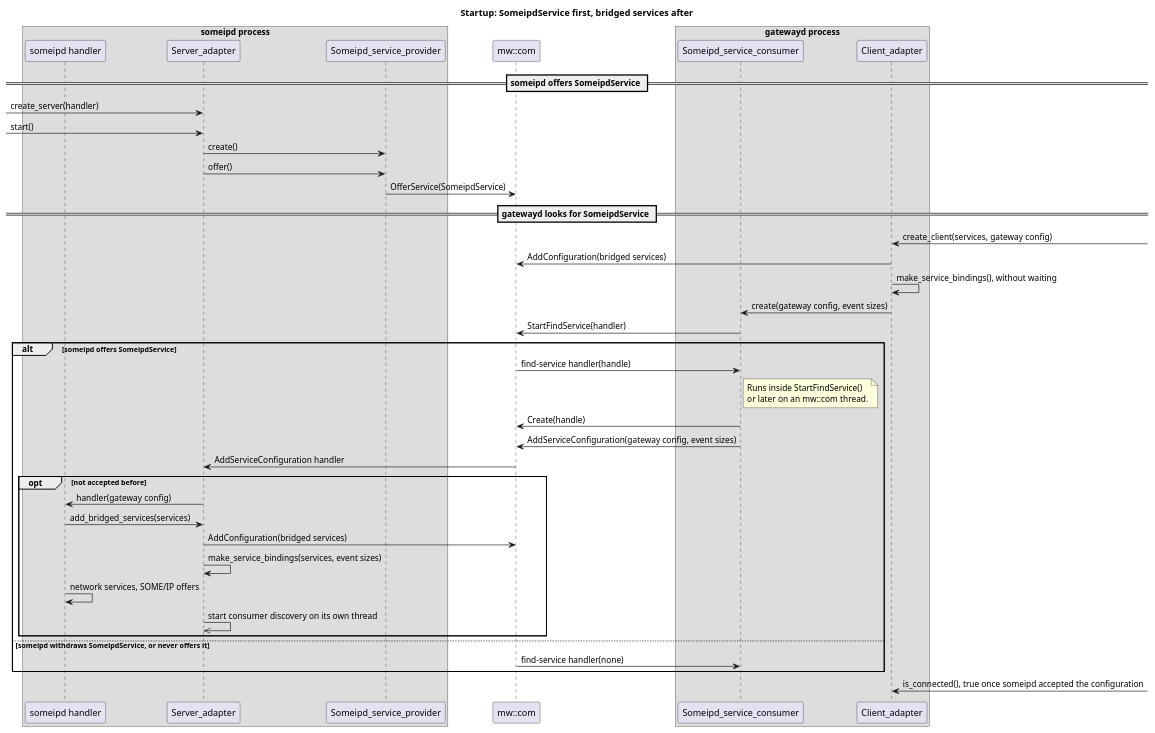
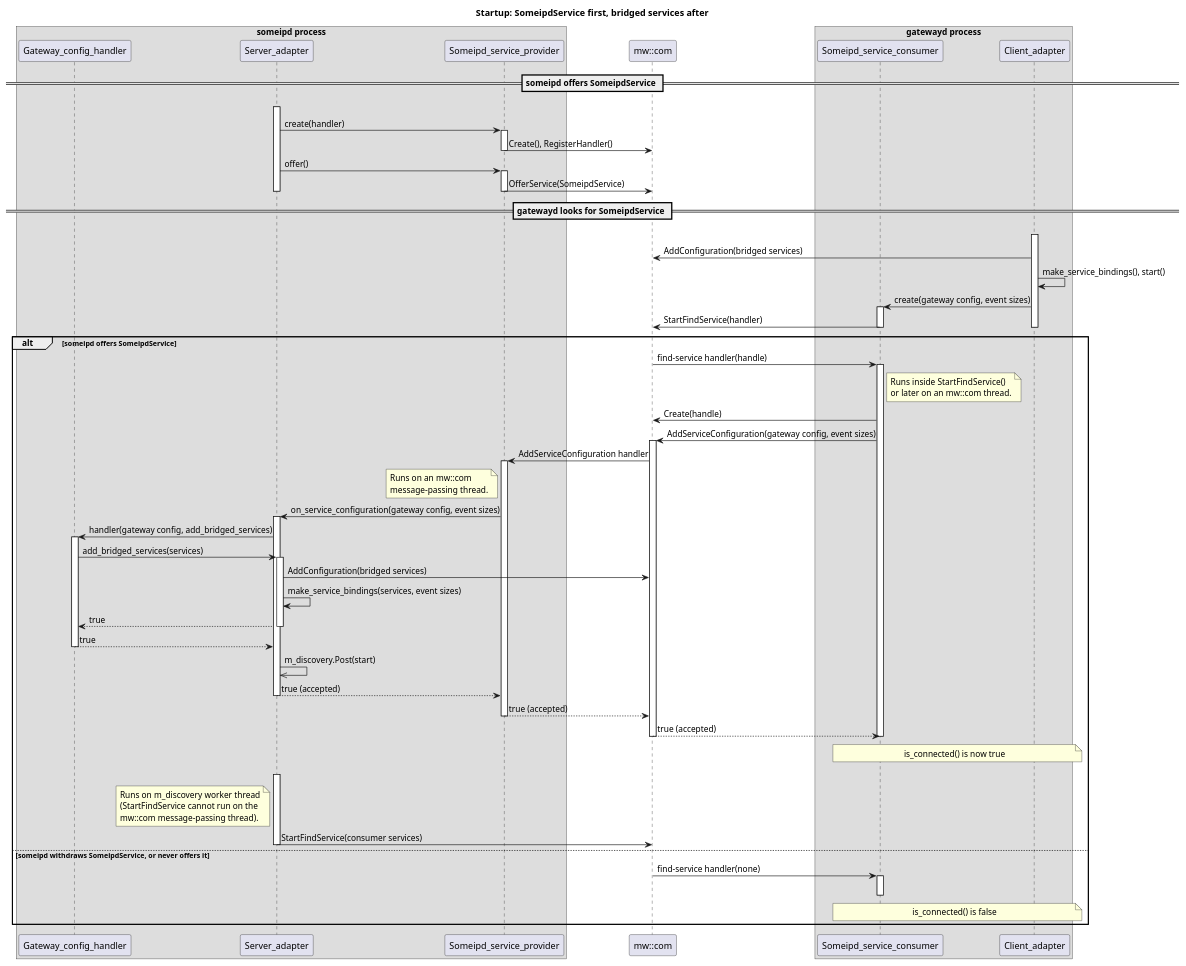
Before and after one commit to eclipse-score/inc_someip_gateway: the diagram in score/gateway_ipc_binding/docs/models/mw_com_startup.puml, drawn with PlantUML. The commit also changed 9 other files, not shown here.

```diff
--- a/score/gateway_ipc_binding/docs/models/mw_com_startup.puml
+++ b/score/gateway_ipc_binding/docs/models/mw_com_startup.puml
@@ -14,47 +14,82 @@
 @startuml mw_com_startup_someipd_gatewayd
 title Startup: SomeipdService first, bridged services after
 
 box "someipd process"
-participant "someipd handler" as handler
+participant "Gateway_config_handler" as handler
 participant "Server_adapter" as server
 participant "Someipd_service_provider" as sdsvc_provider
 end box
 participant "mw::com" as mwcom
 box "gatewayd process"
 participant "Someipd_service_consumer" as sdsvc_consumer
 participant "Client_adapter" as client
 end box
 
 == someipd offers SomeipdService ==
-[-> server : create_server(handler)
-[-> server : start()
-server -> sdsvc_provider : create()
+server -[hidden]-> server
+activate server
+server -> sdsvc_provider : create(handler)
+activate sdsvc_provider
+sdsvc_provider -> mwcom : Create(), RegisterHandler()
+deactivate sdsvc_provider
 server -> sdsvc_provider : offer()
+activate sdsvc_provider
 sdsvc_provider -> mwcom : OfferService(SomeipdService)
+deactivate sdsvc_provider
+deactivate server
 
 == gatewayd looks for SomeipdService ==
-client <-] : create_client(services, gateway config)
+client -[hidden]-> client
+activate client
 client -> mwcom : AddConfiguration(bridged services)
-client -> client : make_service_bindings(), without waiting
+client -> client : make_service_bindings(), start()
 client -> sdsvc_consumer : create(gateway config, event sizes)
+activate sdsvc_consumer
 sdsvc_consumer -> mwcom : StartFindService(handler)
+deactivate sdsvc_consumer
+deactivate client
 
 alt someipd offers SomeipdService
   mwcom -> sdsvc_consumer : find-service handler(handle)
+  activate sdsvc_consumer
   note right of sdsvc_consumer : Runs inside StartFindService()\nor later on an mw::com thread.
   sdsvc_consumer -> mwcom : Create(handle)
   sdsvc_consumer -> mwcom : AddServiceConfiguration(gateway config, event sizes)
-  mwcom -> server : AddServiceConfiguration handler
-  opt not accepted before
-    server -> handler : handler(gateway config)
-    handler -> server : add_bridged_services(services)
-    server -> mwcom : AddConfiguration(bridged services)
-    server -> server : make_service_bindings(services, event sizes)
-    handler -> handler : network services, SOME/IP offers
-    server ->> server : start consumer discovery on its own thread
-  end
+  activate mwcom
+  mwcom -> sdsvc_provider : AddServiceConfiguration handler
+  activate sdsvc_provider
+  note left of sdsvc_provider : Runs on an mw::com\nmessage-passing thread.
+  sdsvc_provider -> server : on_service_configuration(gateway config, event sizes)
+  activate server
+  server -> handler : handler(gateway config, add_bridged_services)
+  activate handler
+  handler -> server : add_bridged_services(services)
+  activate server
+  server -> mwcom : AddConfiguration(bridged services)
+  server -> server : make_service_bindings(services, event sizes)
+  server --> handler : true
+  deactivate server
+  handler --> server : true
+  deactivate handler
+  server ->> server : m_discovery.Post(start)
+  server --> sdsvc_provider : true (accepted)
+  deactivate server
+  sdsvc_provider --> mwcom : true (accepted)
+  deactivate sdsvc_provider
+  mwcom --> sdsvc_consumer : true (accepted)
+  deactivate mwcom
+  deactivate sdsvc_consumer
+  note over sdsvc_consumer, client : is_connected() is now true
+
+  server -[hidden]-> server
+  activate server
+  note left of server : Runs on m_discovery worker thread\n(StartFindService cannot run on the\nmw::com message-passing thread).
+  server -> mwcom : StartFindService(consumer services)
+  deactivate server
 else someipd withdraws SomeipdService, or never offers it
   mwcom -> sdsvc_consumer : find-service handler(none)
+  activate sdsvc_consumer
+  note over sdsvc_consumer, client : is_connected() is false
+  deactivate sdsvc_consumer
 end
-client <-] : is_connected(), true once someipd accepted the configuration
 @enduml
```
